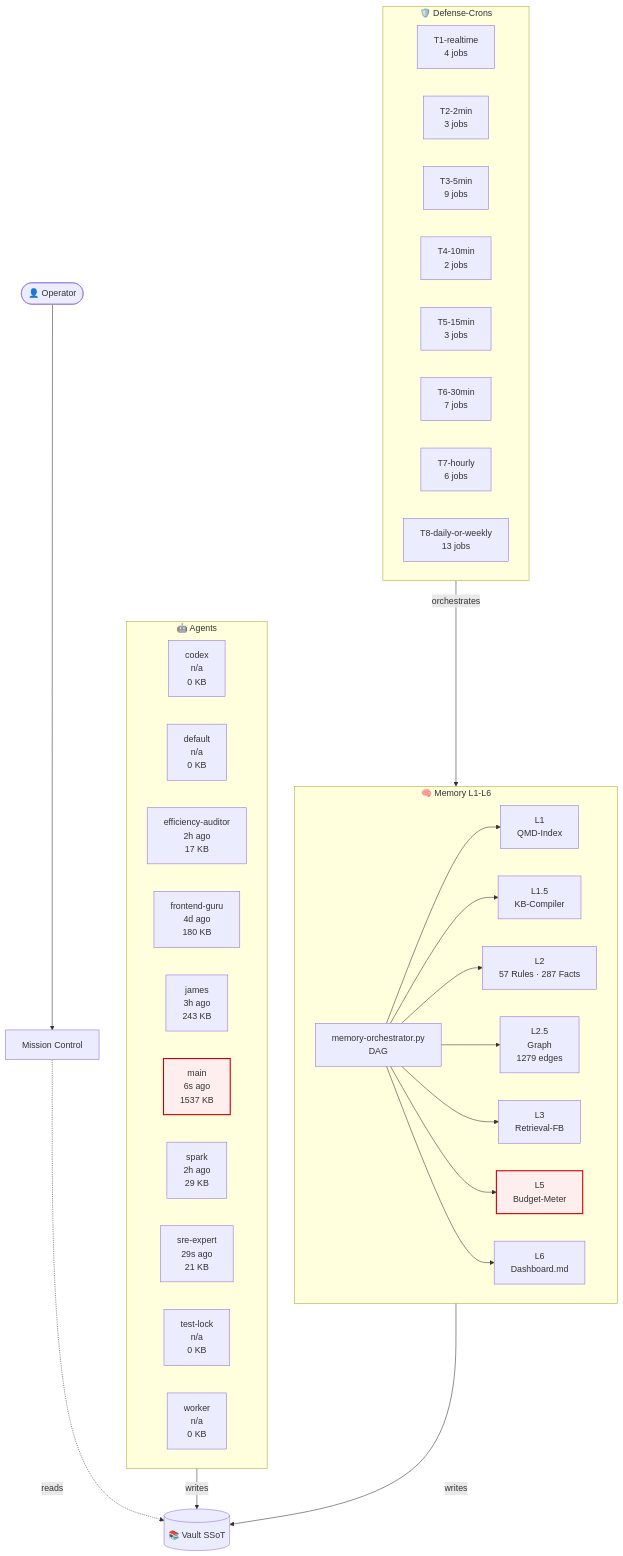
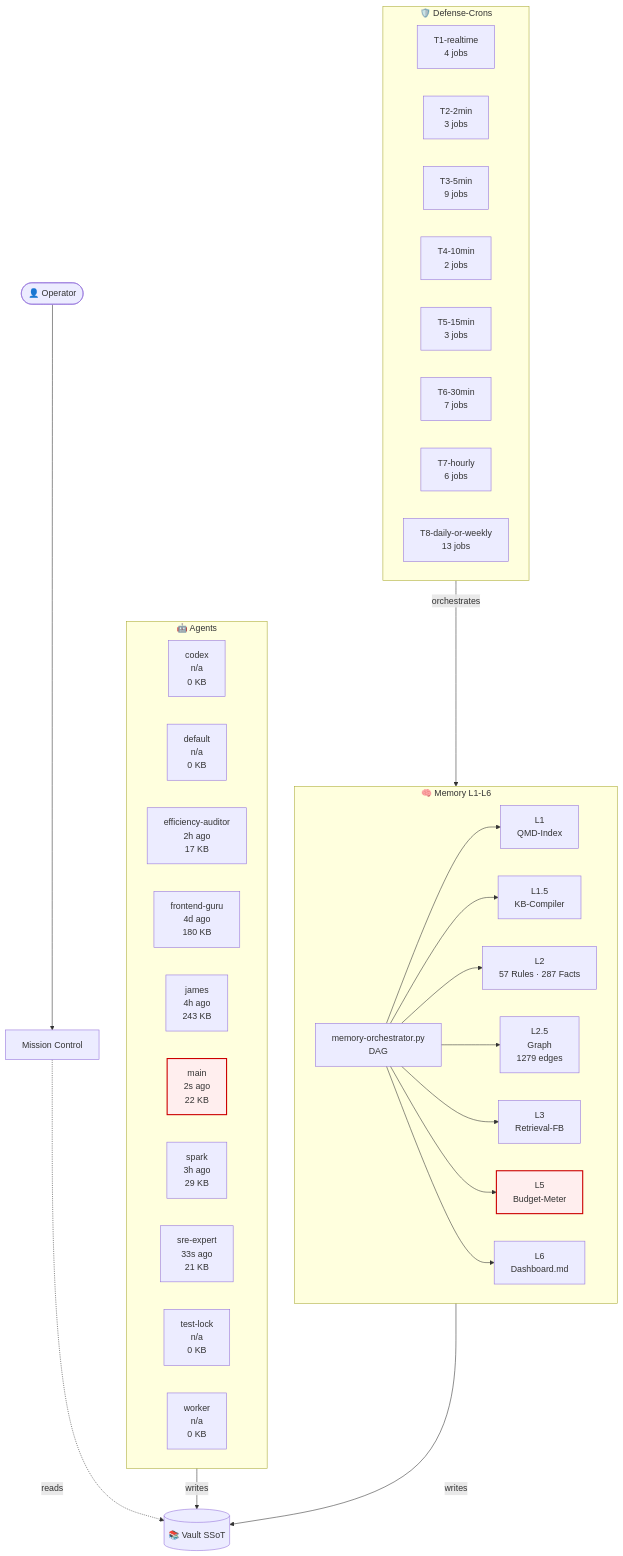
The diagram in 03-Agents/architecture-live.md (lenardhuebner88-rgb/openclaw-memory), drawn with Mermaid before and after one commit. The commit also changed other lines of this file and 22 other files, not shown here.

````diff
--- a/03-Agents/architecture-live.md
+++ b/03-Agents/architecture-live.md
@@ -18,53 +18,53 @@
 ```mermaid
 flowchart TB
     classDef critical fill:#fee,stroke:#c00,stroke-width:2px;
     subgraph AGT["🤖 Agents"]
         agent_codex["codex<br/>n/a<br/>0 KB"]
         agent_default["default<br/>n/a<br/>0 KB"]
         agent_efficiency_auditor["efficiency-auditor<br/>2h ago<br/>17 KB"]
         agent_frontend_guru["frontend-guru<br/>4d ago<br/>180 KB"]
-        agent_james["james<br/>3h ago<br/>243 KB"]
-        agent_main["main<br/>6s ago<br/>1537 KB"]
-        agent_spark["spark<br/>2h ago<br/>29 KB"]
-        agent_sre_expert["sre-expert<br/>29s ago<br/>21 KB"]
+        agent_james["james<br/>4h ago<br/>243 KB"]
+        agent_main["main<br/>2s ago<br/>22 KB"]
+        agent_spark["spark<br/>3h ago<br/>29 KB"]
+        agent_sre_expert["sre-expert<br/>33s ago<br/>21 KB"]
         agent_test_lock["test-lock<br/>n/a<br/>0 KB"]
         agent_worker["worker<br/>n/a<br/>0 KB"]
     end
     subgraph MEM["🧠 Memory L1-L6"]
         L1["L1<br/>QMD-Index"]
         L15["L1.5<br/>KB-Compiler"]
         L2["L2<br/>57 Rules · 287 Facts"]
         L25["L2.5<br/>Graph<br/>1279 edges"]
         L3["L3<br/>Retrieval-FB"]
         L5["L5<br/>Budget-Meter"]
         L6["L6<br/>Dashboard.md"]
         ORCH["memory-orchestrator.py<br/>DAG"]
     end
     subgraph CRN["🛡️ Defense-Crons"]
         tier_T1_realtime["T1-realtime<br/>4 jobs"]
         tier_T2_2min["T2-2min<br/>3 jobs"]
         tier_T3_5min["T3-5min<br/>9 jobs"]
         tier_T4_10min["T4-10min<br/>2 jobs"]
         tier_T5_15min["T5-15min<br/>3 jobs"]
         tier_T6_30min["T6-30min<br/>7 jobs"]
         tier_T7_hourly["T7-hourly<br/>6 jobs"]
         tier_T8_daily_or_weekly["T8-daily-or-weekly<br/>13 jobs"]
     end
     VAULT[("📚 Vault SSoT")]
     OP([👤 Operator])
     MC["Mission Control"]
     OP --> MC
     MC -.reads.-> VAULT
     AGT -->|writes| VAULT
     MEM -->|writes| VAULT
     ORCH --> L1
     ORCH --> L15
     ORCH --> L2
     ORCH --> L25
     ORCH --> L3
     ORCH --> L5
     ORCH --> L6
     CRN -->|orchestrates| MEM
     class L5 critical
     class agent_main critical
 ```
````
